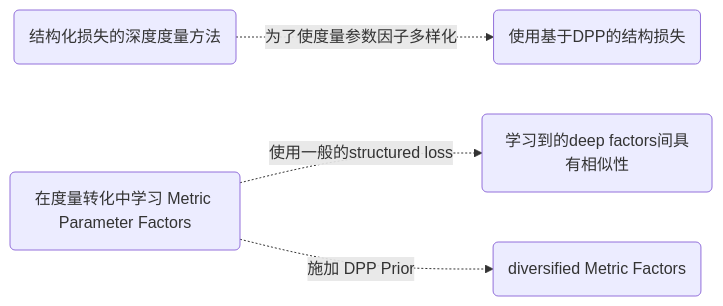
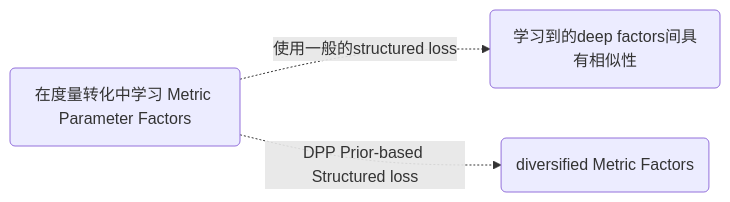
One commit to AIGoBig/AIGoBig.github.io changed the diagram in _posts/2020-03-02-A CNN With Multiscale Convolution and Diversified Metric   for Hyperspectral Image Classification.md. Above: the diagram before and after it, drawn with Mermaid. The commit also changed other lines of this file and 1 other file, not shown here.

````diff
--- a/_posts/2020-03-02-A CNN With Multiscale Convolution and Diversified Metric   for Hyperspectral Image Classification.md
+++ b/_posts/2020-03-02-A CNN With Multiscale Convolution and Diversified Metric   for Hyperspectral Image Classification.md
@@ -80,7 +130,5 @@
 ```mermaid
 graph LR
-	A(结构化损失的深度度量方法) -. 为了使度量参数因子多样化 .-> B(使用基于DPP的结构损失)
-
 	M(在度量转化中学习 Metric Parameter Factors) -.使用一般的structured loss.-> O(学习到的deep factors间具有相似性)
-	M -.施加 DPP Prior.-> N(diversified Metric Factors) 
+	M -.DPP Prior-based Structured loss.-> N(diversified Metric Factors) 
 ```
````
